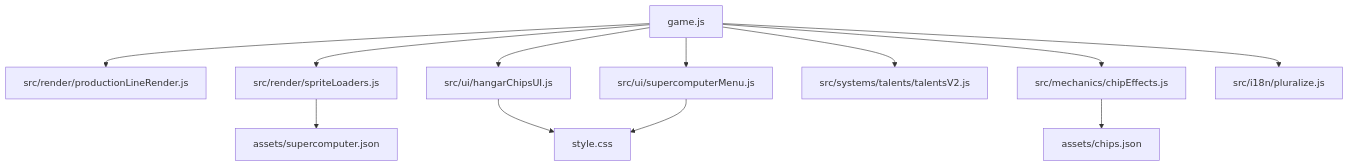
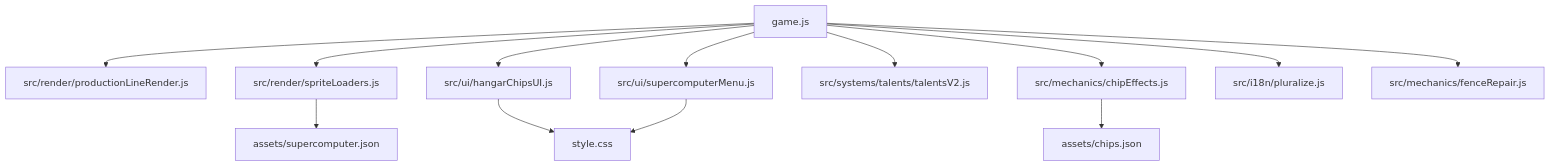
Before and after one commit to hisokapvp/Tank-Merge-Zombie-Defense: the diagram in docs/ai/PROJECT_MAP.md, drawn with Mermaid. The commit also changed other lines of this file and 16 other files, not shown here.

````diff
--- a/docs/ai/PROJECT_MAP.md
+++ b/docs/ai/PROJECT_MAP.md
@@ -118,14 +120,15 @@
 ```mermaid
 graph TD
   A[game.js] --> B[src/render/productionLineRender.js]
   A --> C[src/render/spriteLoaders.js]
   A --> D[src/ui/supercomputerMenu.js]
   A --> E[src/ui/hangarChipsUI.js]
   A --> F[src/systems/talents/talentsV2.js]
   A --> G[src/mechanics/chipEffects.js]
   A --> P[src/i18n/pluralize.js]
+  A --> Q[src/mechanics/fenceRepair.js]
   C --> H[assets/supercomputer.json]
   E --> I[style.css]
   D --> I
   G --> J[assets/chips.json]
 ```
````
